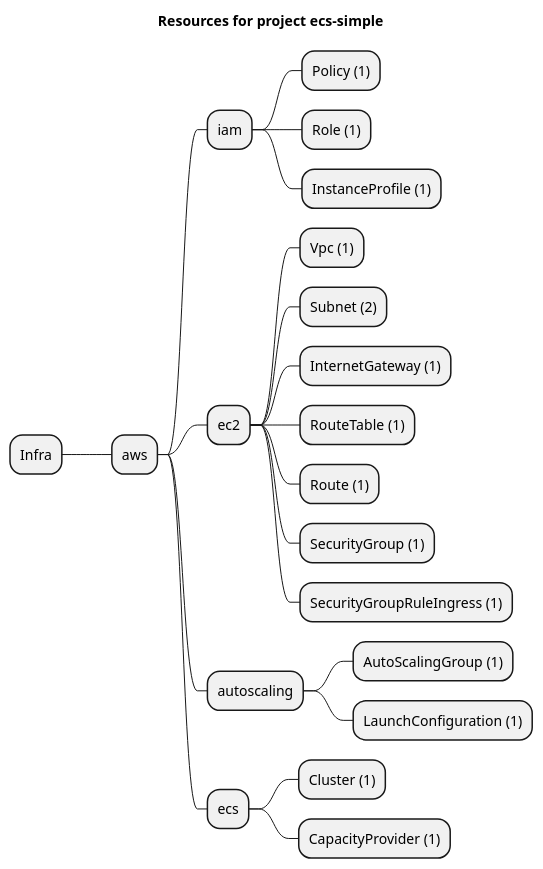
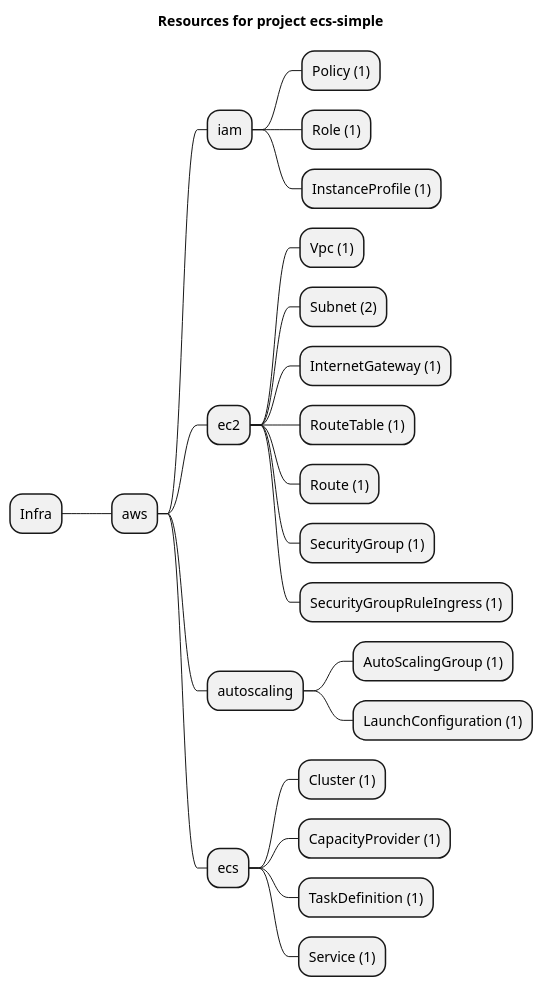
The diagram in examples/aws/ecs/ecs-simple/artifacts/resources-mindmap.puml (grucloud/grucloud), drawn with PlantUML before and after one commit. The commit also changed 165 other files, not shown here.

```diff
--- a/examples/aws/ecs/ecs-simple/artifacts/resources-mindmap.puml
+++ b/examples/aws/ecs/ecs-simple/artifacts/resources-mindmap.puml
@@ -1,24 +1,26 @@
 @startmindmap
 title Resources for project ecs-simple
 skinparam monochrome true
 + Infra
 ++ aws
 +++ iam
 ++++ Policy (1)
 ++++ Role (1)
 ++++ InstanceProfile (1)
 +++ ec2
 ++++ Vpc (1)
 ++++ Subnet (2)
 ++++ InternetGateway (1)
 ++++ RouteTable (1)
 ++++ Route (1)
 ++++ SecurityGroup (1)
 ++++ SecurityGroupRuleIngress (1)
 +++ autoscaling
 ++++ AutoScalingGroup (1)
 ++++ LaunchConfiguration (1)
 +++ ecs
 ++++ Cluster (1)
 ++++ CapacityProvider (1)
+++++ TaskDefinition (1)
+++++ Service (1)
 @endmindmap
```
